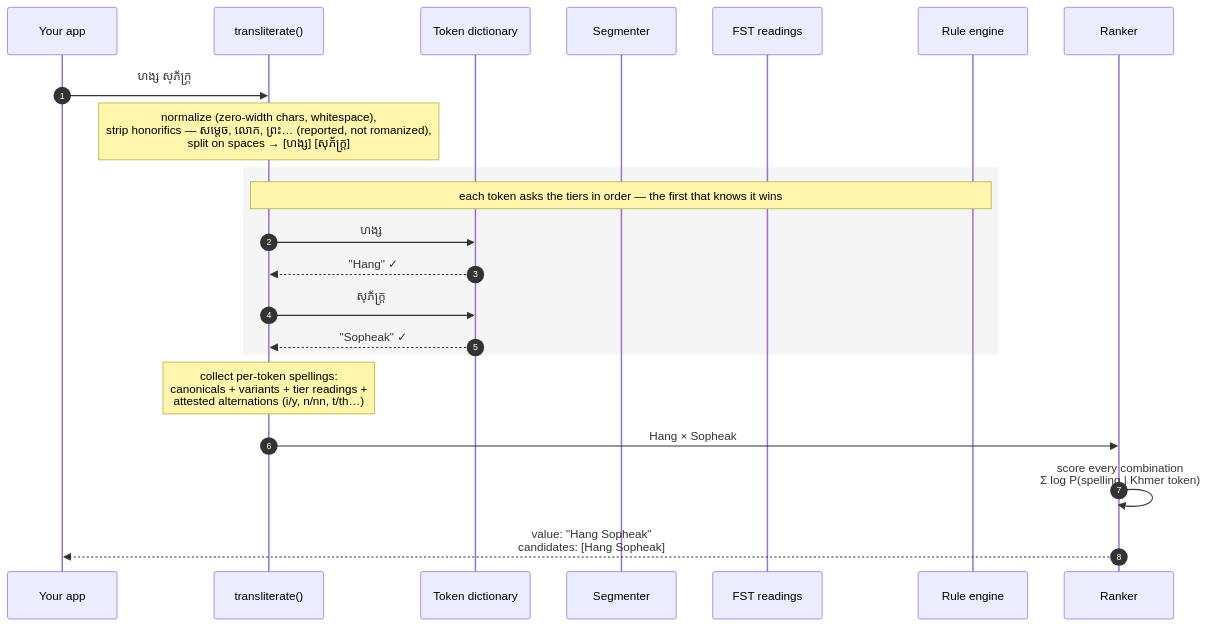
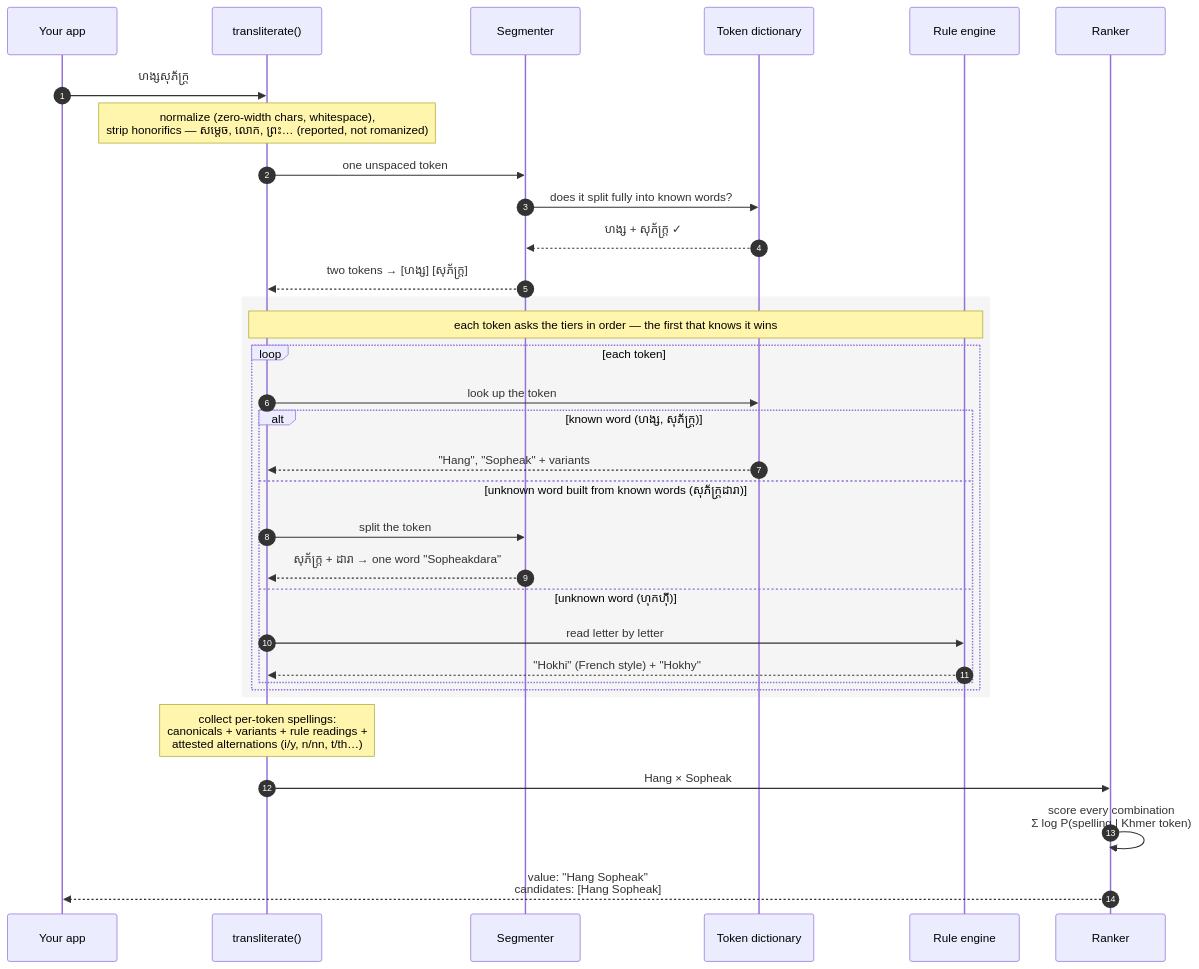
Before and after one commit to hangsopheak/khmer-name-romanizer: the diagram in README.md, drawn with Mermaid. The commit also changed other lines of this file and 22 other files, not shown here.

First line of the commit message:
Remove the third-party FST tier; dictionary + rules only

````diff
--- a/README.md
+++ b/README.md
@@ -124,27 +65,38 @@
 ```mermaid
 sequenceDiagram
     autonumber
     participant App as Your app
     participant E as transliterate()
+    participant Seg as Segmenter
     participant Dic as Token dictionary
-    participant Seg as Segmenter
-    participant Fst as FST readings
     participant Rul as Rule engine
     participant Ran as Ranker
 
-    App->>E: ហង្ស សុភ័ក្រ្ត
-    Note over E: normalize (zero-width chars, whitespace),<br/>strip honorifics — សម្តេច, លោក, ព្រះ… (reported, not romanized),<br/>split on spaces → [ហង្ស] [សុភ័ក្រ្ត]
+    App->>E: ហង្សសុភ័ក្រ្ត
+    Note over E: normalize (zero-width chars, whitespace),<br/>strip honorifics — សម្តេច, លោក, ព្រះ… (reported, not romanized)
+    E->>Seg: one unspaced token
+    Seg->>Dic: does it split fully into known words?
+    Dic-->>Seg: ហង្ស + សុភ័ក្រ្ត ✓
+    Seg-->>E: two tokens → [ហង្ស] [សុភ័ក្រ្ត]
 
     rect rgba(127,127,127,0.08)
     Note over E,Rul: each token asks the tiers in order — the first that knows it wins
-    E->>Dic: ហង្ស
-    Dic-->>E: "Hang" ✓
-    E->>Dic: សុភ័ក្រ្ត
-    Dic-->>E: "Sopheak" ✓
+    loop each token
+        E->>Dic: look up the token
+        alt known word (ហង្ស, សុភ័ក្រ្ត)
+            Dic-->>E: "Hang", "Sopheak" + variants
+        else unknown word built from known words (សុភ័ក្រ្តដារា)
+            E->>Seg: split the token
+            Seg-->>E: សុភ័ក្រ្ត + ដារា → one word "Sopheakdara"
+        else unknown word (ហុកហ៊ី)
+            E->>Rul: read letter by letter
+            Rul-->>E: "Hokhi" (French style) + "Hokhy"
+        end
+    end
     end
 
-    Note over E: collect per-token spellings:<br/>canonicals + variants + tier readings +<br/>attested alternations (i/y, n/nn, t/th…)
+    Note over E: collect per-token spellings:<br/>canonicals + variants + rule readings +<br/>attested alternations (i/y, n/nn, t/th…)
     E->>Ran: Hang × Sopheak
     Ran->>Ran: score every combination<br/>Σ log P(spelling | Khmer token)
     Ran-->>App: value: "Hang Sopheak"<br/>candidates: [Hang Sopheak]
 ```
````
